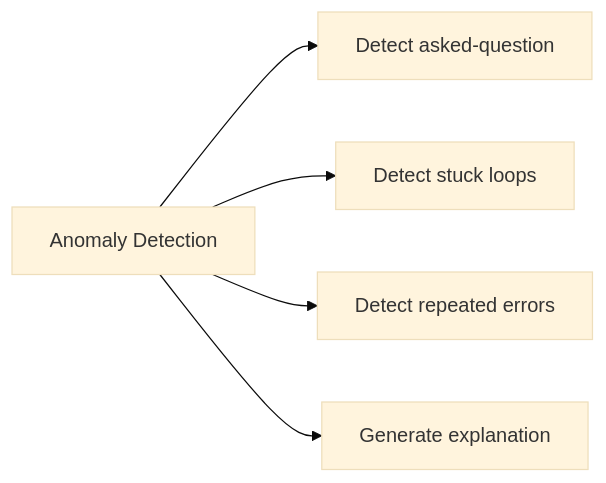
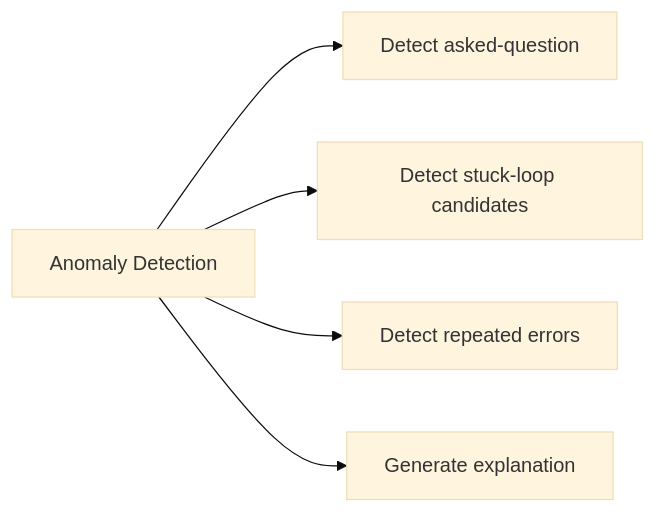
One commit to kookr-ai/kookr changed the fifth of 7 diagrams in docs/system-models/02-capability-map.md. Above: the diagram before and after it, drawn with Mermaid (base theme). The commit also changed other lines of this file and 10 other files, not shown here.

````diff
--- a/docs/system-models/02-capability-map.md
+++ b/docs/system-models/02-capability-map.md
@@ -54,7 +54,7 @@
 ```mermaid
 flowchart LR
   Detection[Anomaly Detection] --> Det1[Detect asked-question]
-  Detection --> Det2[Detect stuck loops]
+  Detection --> Det2[Detect stuck-loop candidates]
   Detection --> Det3[Detect repeated errors]
   Detection --> Det4[Generate explanation]
 ```
````
